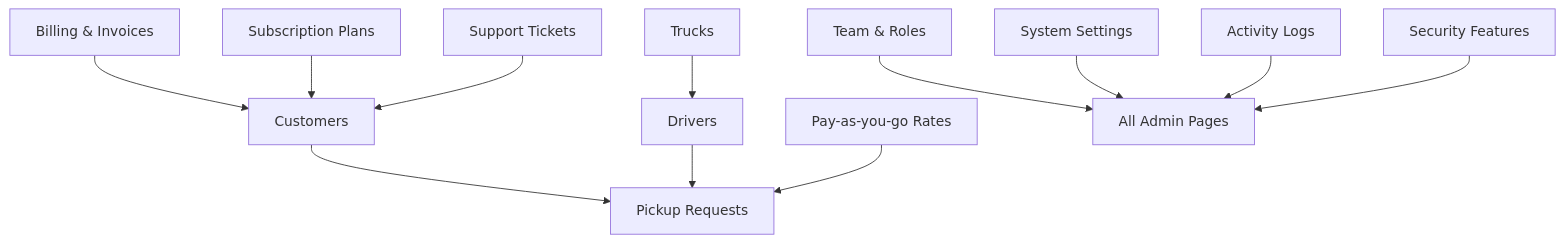
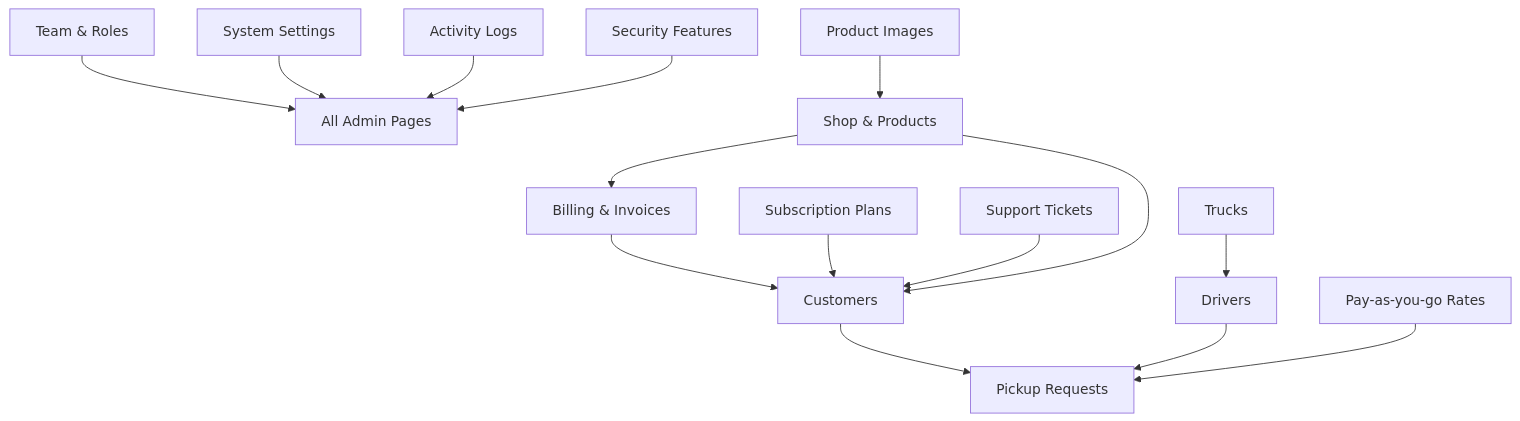
One commit to Lazynerd-Studios/lacarte-atlas-console changed diagram 12 of 14 in .qoder/repowiki/en/content/Business Modules/Business Modules.md. Above: the diagram before and after it, drawn with Mermaid. The commit also changed other lines of this file and 23 other files, not shown here.

````diff
--- a/.qoder/repowiki/en/content/Business Modules/Business Modules.md
+++ b/.qoder/repowiki/en/content/Business Modules/Business Modules.md
@@ -532,14 +608,17 @@
 ```mermaid
 graph TB
 Customers["Customers"] --> Pickups["Pickup Requests"]
 Drivers["Drivers"] --> Pickups
 Trucks["Trucks"] --> Drivers
 Billing["Billing & Invoices"] --> Customers
 Subscriptions["Subscription Plans"] --> Customers
 Rates["Pay-as-you-go Rates"] --> Pickups
 Team["Team & Roles"] --> All["All Admin Pages"]
 Support["Support Tickets"] --> Customers
 Settings["System Settings"] --> All
 ActivityLogs["Activity Logs"] --> All
 Security["Security Features"] --> All
+Shop["Shop & Products"] --> Customers
+Shop --> Billing
+Products["Product Images"] --> Shop
 ```
````
